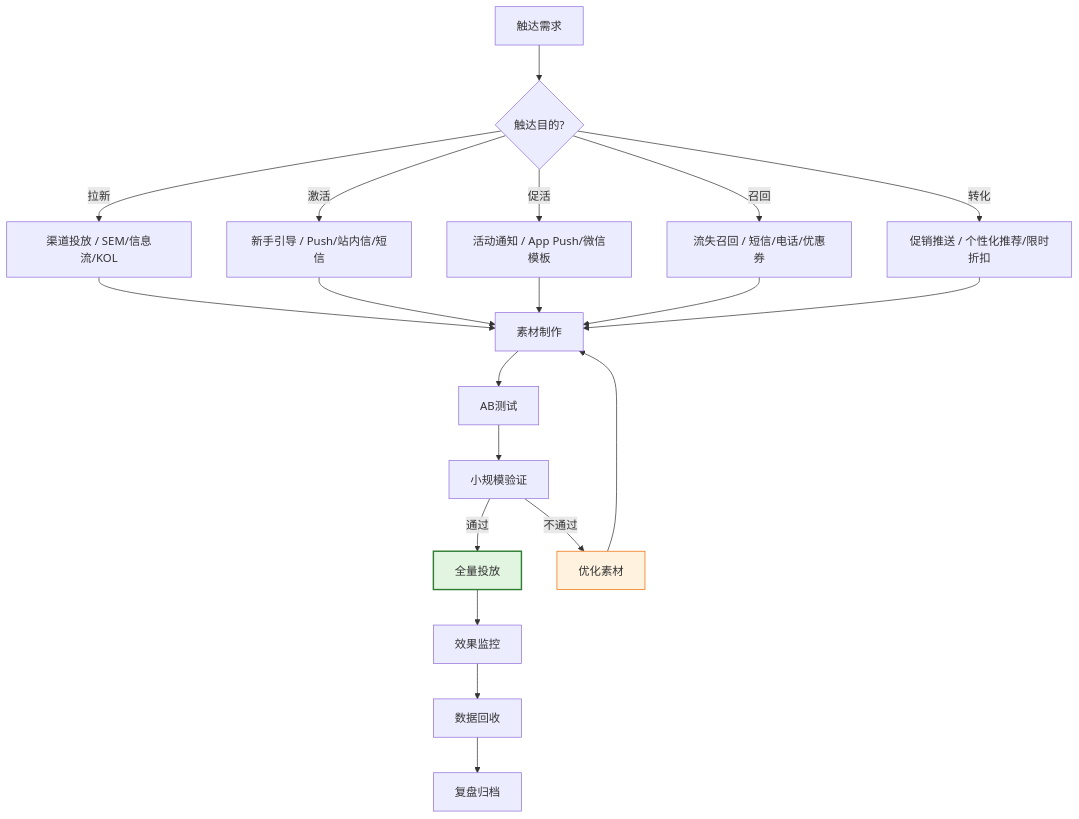
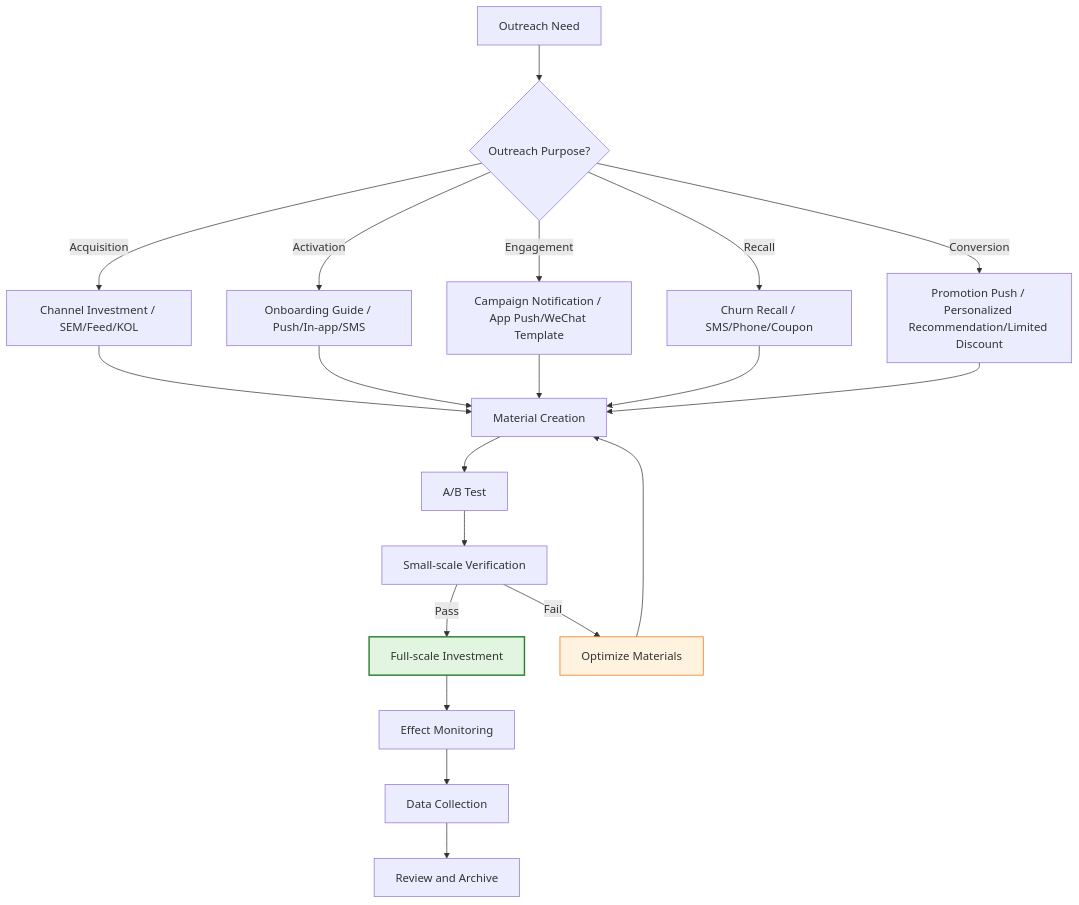
Before and after one commit to Kirky-X/cangjie: the fourth of 9 diagrams in templates/产品/运营层/【模板】运营手册.md, drawn with Mermaid. The commit also changed other lines of this file and 60 other files, not shown here.

````diff
--- a/templates/产品/运营层/【模板】运营手册.md
+++ b/templates/产品/运营层/【模板】运营手册.md
@@ -181,28 +181,28 @@
 ```mermaid
 flowchart TD
-    A[触达需求] --> B{触达目的?}
-    B -->|拉新| C1[渠道投放 / SEM/信息流/KOL]
-    B -->|激活| C2[新手引导 / Push/站内信/短信]
-    B -->|促活| C3[活动通知 / App Push/微信模板]
-    B -->|召回| C4[流失召回 / 短信/电话/优惠券]
-    B -->|转化| C5[促销推送 / 个性化推荐/限时折扣]
+    A[Outreach Need] --> B{Outreach Purpose?}
+    B -->|Acquisition| C1[Channel Investment / SEM/Feed/KOL]
+    B -->|Activation| C2[Onboarding Guide / Push/In-app/SMS]
+    B -->|Engagement| C3[Campaign Notification / App Push/WeChat Template]
+    B -->|Recall| C4[Churn Recall / SMS/Phone/Coupon]
+    B -->|Conversion| C5[Promotion Push / Personalized Recommendation/Limited Discount]
 
-    C1 --> D[素材制作]
+    C1 --> D[Material Creation]
     C2 --> D
     C3 --> D
     C4 --> D
     C5 --> D
 
-    D --> E[AB测试]
-    E --> F[小规模验证]
-    F -->|通过| G[全量投放]
-    F -->|不通过| H[优化素材]
+    D --> E[A/B Test]
+    E --> F[Small-scale Verification]
+    F -->|Pass| G[Full-scale Investment]
+    F -->|Fail| H[Optimize Materials]
     H --> D
 
-    G --> I[效果监控]
-    I --> J[数据回收]
-    J --> K[复盘归档]
+    G --> I[Effect Monitoring]
+    I --> J[Data Collection]
+    J --> K[Review and Archive]
 
     style G fill:#e1f5e1,stroke:#2e7d32,stroke-width:2px
     style H fill:#fff3e0,stroke:#ef6c00
 ```
````
